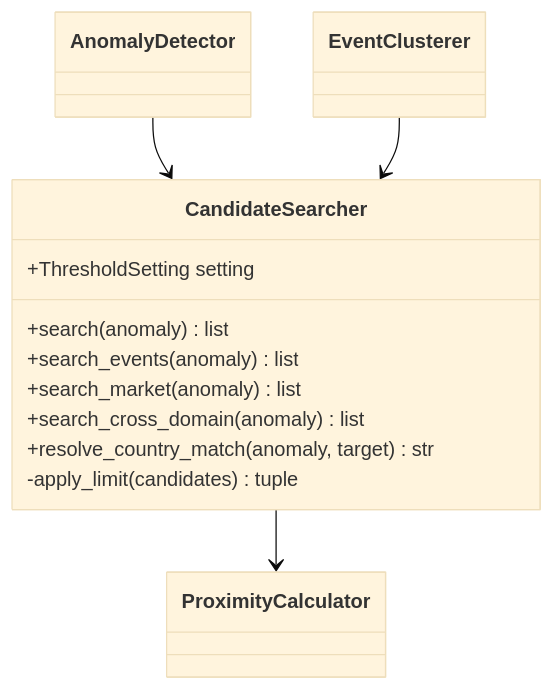
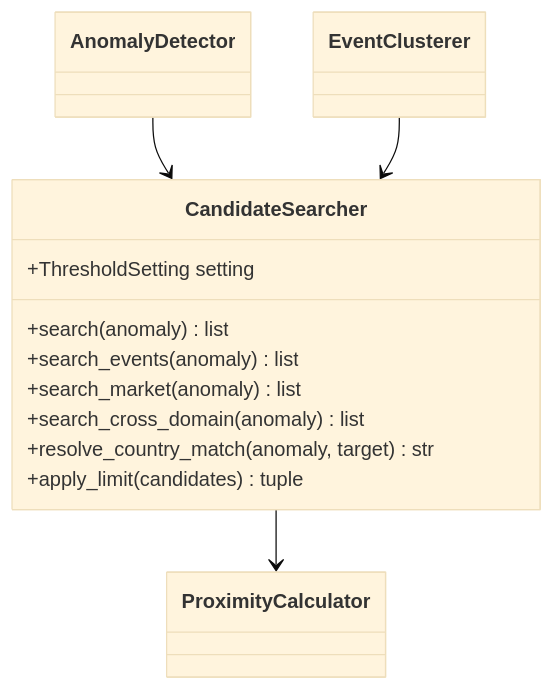
Before and after one commit to HoyoungParkme/tableau_platform: diagram 14 of 29 in docs/specs/06-DOM/TBL-DOM-002.md, drawn with Mermaid (base theme). The commit also changed other lines of this file, not shown here.

Commit message:
교차 검증 지적 반영: A 리포트 열람 경로(read_report_document·publish_a_report) 신설, 도메인 상태 신호등을 5단계 판정 산출물로 확정(build_domain_status), 클래스 다이어그램을 MS 시그니처에 맞춤(공개·사설 조정, 반환형·llm 인자), 3장 대괄호 참조 정정, 개정 서술을 현재 상태 서술로 교체

````diff
--- a/docs/specs/06-DOM/TBL-DOM-002.md
+++ b/docs/specs/06-DOM/TBL-DOM-002.md
@@ -624,15 +632,15 @@
 ```mermaid
 classDiagram
   class CandidateSearcher {
     +ThresholdSetting setting
     +search(anomaly) list
     +search_events(anomaly) list
     +search_market(anomaly) list
     +search_cross_domain(anomaly) list
     +resolve_country_match(anomaly, target) str
-    -apply_limit(candidates) tuple
+    +apply_limit(candidates) tuple
   }
   AnomalyDetector --> CandidateSearcher
   EventClusterer --> CandidateSearcher
   CandidateSearcher --> ProximityCalculator
 ```
````
